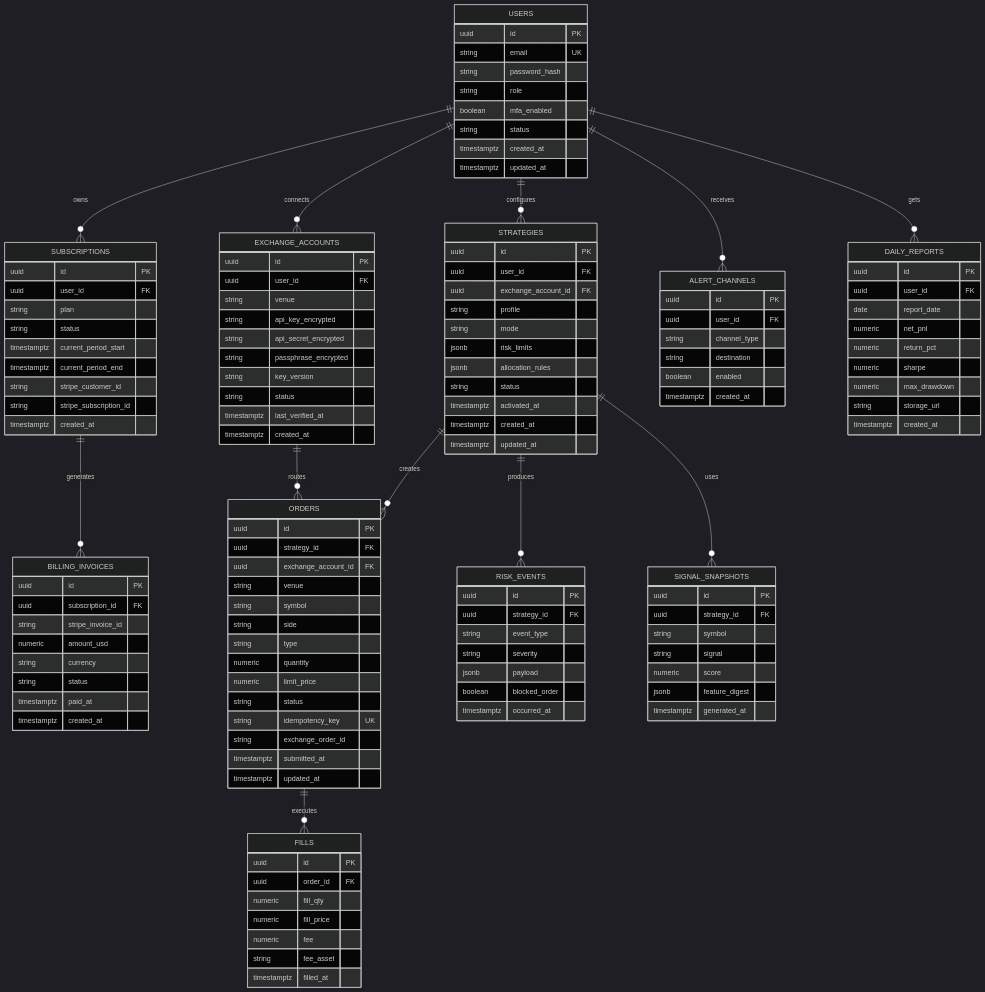
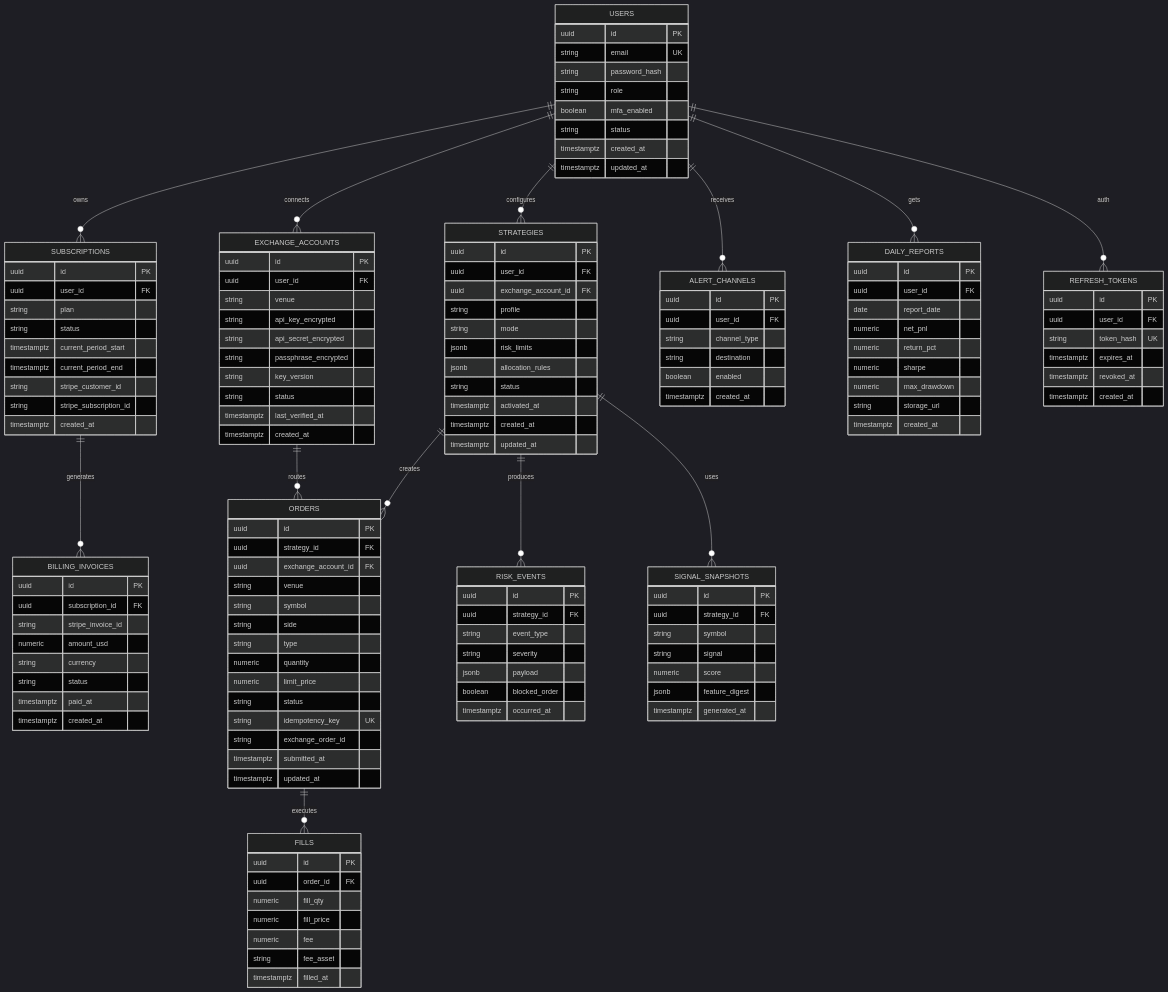
Before and after one commit to ChaeHyeonU/auto-investing-system-crypto: the diagram in docs/ERD.md, drawn with Mermaid (dark theme). The commit also changed 8 other files, not shown here.

Commit message:
Implement refresh token persistence and rotation flow

````diff
--- a/docs/ERD.md
+++ b/docs/ERD.md
@@ -10,6 +10,7 @@
   USERS ||--o{ STRATEGIES : "configures"
   USERS ||--o{ ALERT_CHANNELS : "receives"
   USERS ||--o{ DAILY_REPORTS : "gets"
+  USERS ||--o{ REFRESH_TOKENS : "auth"
 
   SUBSCRIPTIONS ||--o{ BILLING_INVOICES : "generates"
   EXCHANGE_ACCOUNTS ||--o{ ORDERS : "routes"
@@ -146,4 +147,13 @@
     string storage_url
     timestamptz created_at
   }
+
+  REFRESH_TOKENS {
+    uuid id PK
+    uuid user_id FK
+    string token_hash UK
+    timestamptz expires_at
+    timestamptz revoked_at
+    timestamptz created_at
+  }
 ```
````
